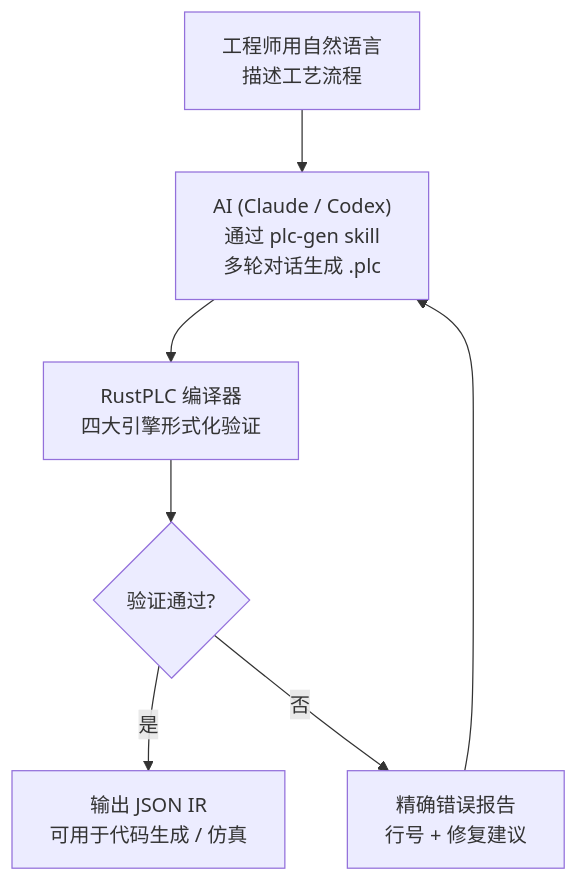
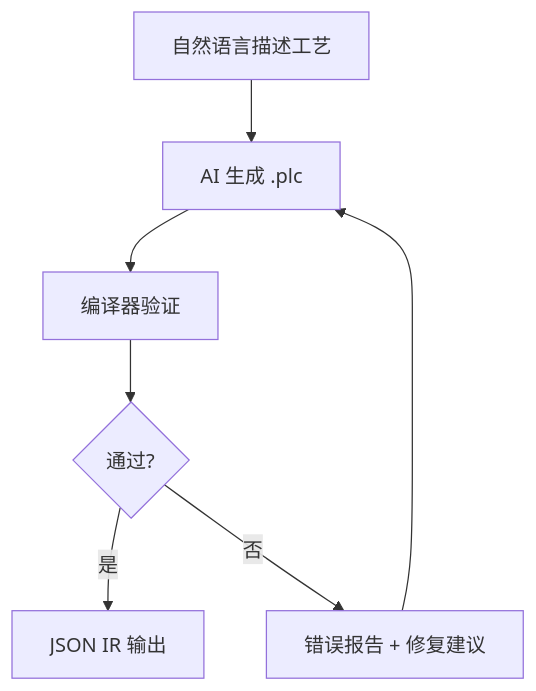
One commit to xxrust/RustPLC changed the first of 2 diagrams in README.md. Above: the diagram before and after it, drawn with Mermaid. The commit also changed other lines of this file and 1 other file, not shown here.

Commit message:
fix(docs): shorten mermaid node labels to prevent GitHub truncation

````diff
--- a/README.md
+++ b/README.md
@@ -16,9 +16,9 @@
 ```mermaid
 flowchart TD
-    A["工程师用自然语言<br>描述工艺流程"] --> B["AI (Claude / Codex)<br>通过 plc-gen skill<br>多轮对话生成 .plc"]
-    B --> C["RustPLC 编译器<br>四大引擎形式化验证"]
-    C --> D{"验证通过?"}
-    D -- "是" --> E["输出 JSON IR<br>可用于代码生成 / 仿真"]
-    D -- "否" --> F["精确错误报告<br>行号 + 修复建议"]
+    A["自然语言描述工艺"] --> B["AI 生成 .plc"]
+    B --> C["编译器验证"]
+    C --> D{"通过?"}
+    D -- "是" --> E["JSON IR 输出"]
+    D -- "否" --> F["错误报告 + 修复建议"]
     F --> B
 ```
````
